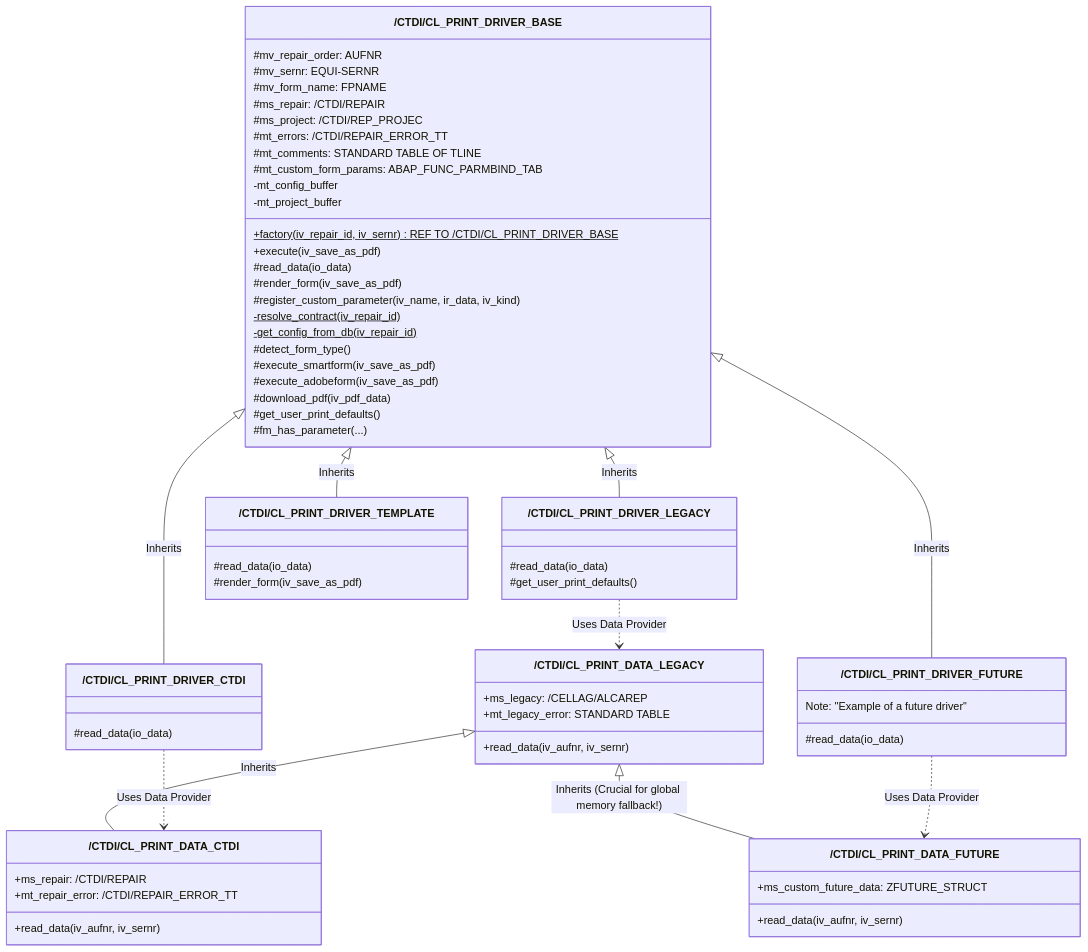
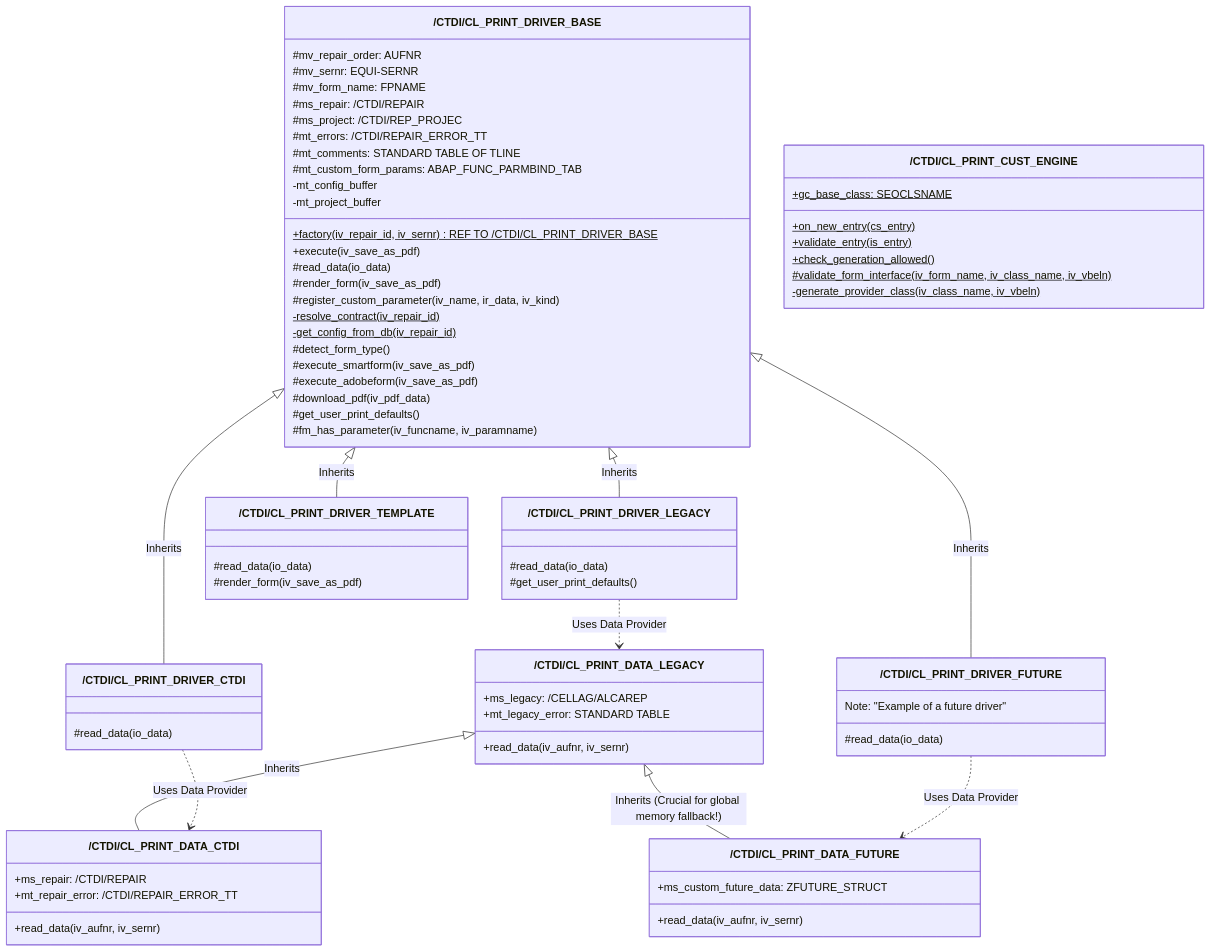
Before and after one commit to sbozbuga/DynAbap: the first of 2 diagrams in uml_new.md, drawn with Mermaid.

Commit message:
feat: add class definition for /CTDI/CL_PRINT_CUST_ENGINE and update fm_has_parameter signature in uml_new.md

```diff
--- a/uml_new.md
+++ b/uml_new.md
@@ -27,7 +27,16 @@
         #execute_adobeform(iv_save_as_pdf)
         #download_pdf(iv_pdf_data)
         #get_user_print_defaults()
-        #fm_has_parameter(...)
+        #fm_has_parameter(iv_funcname, iv_paramname)
+    }
+
+    class `/CTDI/CL_PRINT_CUST_ENGINE` {
+        +gc_base_class: SEOCLSNAME$
+        +on_new_entry(cs_entry)$
+        +validate_entry(is_entry)$
+        +check_generation_allowed()$
+        #validate_form_interface(iv_form_name, iv_class_name, iv_vbeln)$
+        -generate_provider_class(iv_class_name, iv_vbeln)$
     }
 
     class `/CTDI/CL_PRINT_DRIVER_LEGACY` {
```
